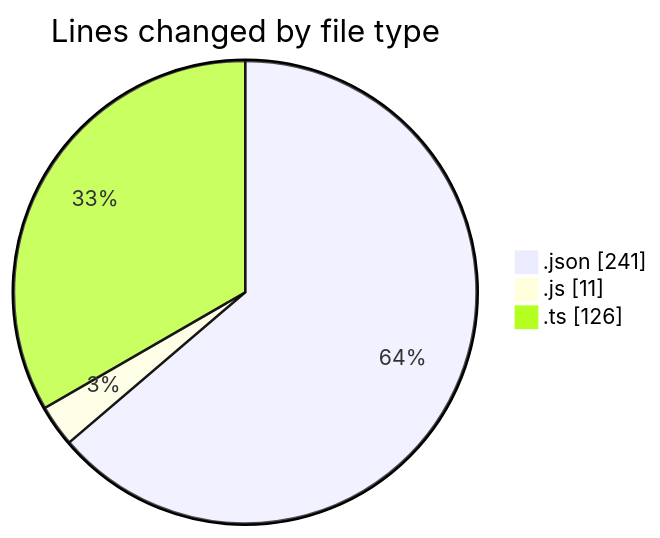
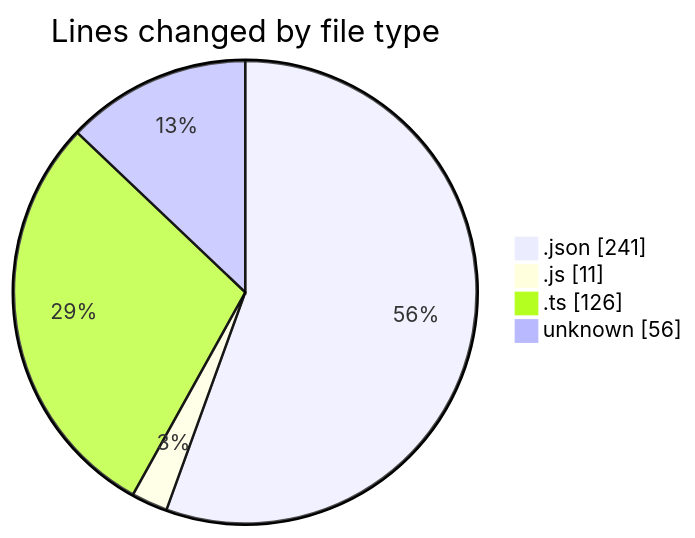
One commit to momahboobian/code-tracking changed the first of 2 diagrams in 2025-05-12/news-clock-system-caspercg/README.md. Above: the diagram before and after it, drawn with Mermaid. The commit also changed other lines of this file and 1 other file, not shown here.

````diff
--- a/2025-05-12/news-clock-system-caspercg/README.md
+++ b/2025-05-12/news-clock-system-caspercg/README.md
@@ -23,7 +24,8 @@
 ```mermaid
 pie showData
 title Lines changed by file type
 ".json" : 241
 ".js" : 11
 ".ts" : 126
+"unknown" : 56
 ```
````
